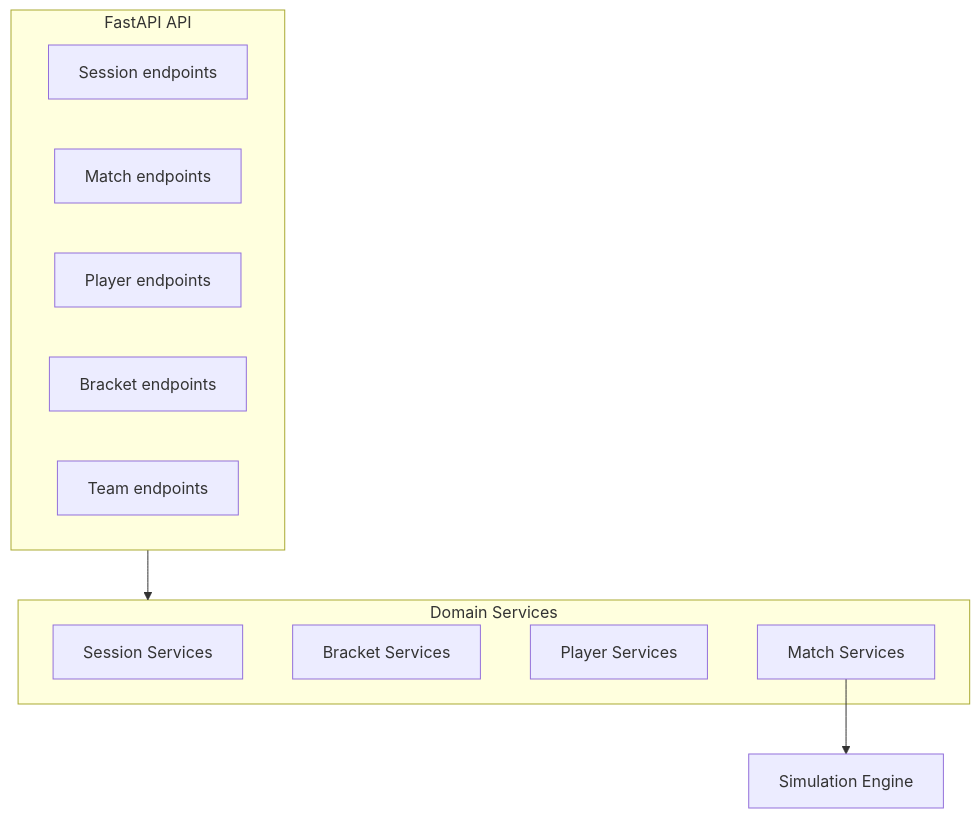
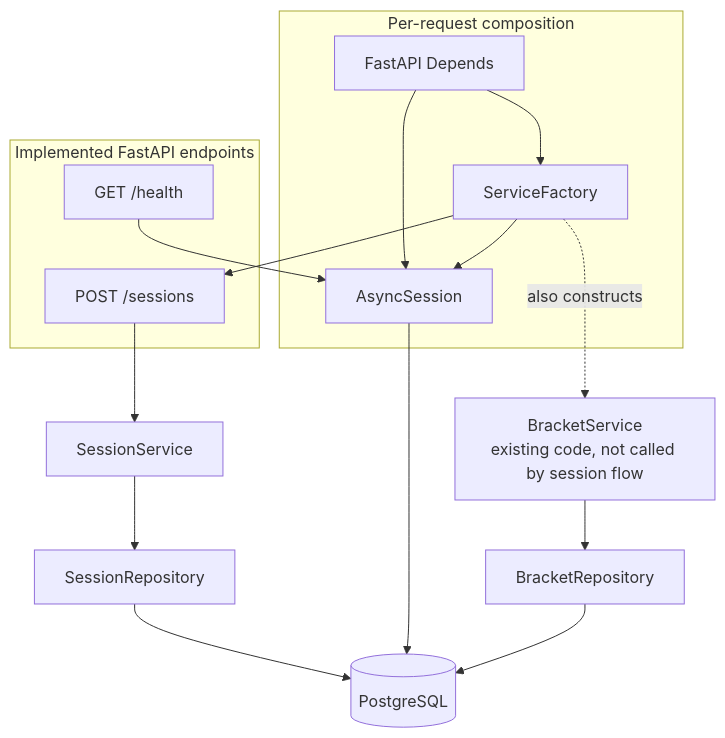
The third of 6 diagrams in docs/ARCHITECTURE.md (MatheuzRuf/Robo-Cestinha), drawn with Mermaid before and after one commit. The commit also changed other lines of this file and 7 other files, not shown here.

````diff
--- a/docs/ARCHITECTURE.md
+++ b/docs/ARCHITECTURE.md
@@ -72,22 +89,27 @@
 ```mermaid
 flowchart TB
-    subgraph API["FastAPI API"]
-        SessionEP[Session endpoints]
-        MatchEP[Match endpoints]
-        PlayerEP[Player endpoints]
-        BracketEP[Bracket endpoints]
-        TeamEP[Team endpoints]
+    subgraph Request[Per-request composition]
+        Depends[FastAPI Depends]
+        Factory[ServiceFactory]
+        DBSession[AsyncSession]
+        Depends --> Factory
+        Depends --> DBSession
+        Factory --> DBSession
     end
 
-    subgraph Domain["Domain Services"]
-        SessionSvc[Session Services]
-        BracketSvc[Bracket Services]
-        PlayerSvc[Player Services]
-        MatchSvc[Match Services]
+    subgraph HTTP[Implemented FastAPI endpoints]
+        Health[GET /health]
+        CreateSession[POST /sessions]
     end
 
-    Engine[Simulation Engine]
+    Service[SessionService]
+    SessionRepo[SessionRepository]
+    BracketService[BracketService<br/>existing code, not called by session flow]
+    BracketRepo[BracketRepository]
+    Database[(PostgreSQL)]
 
-    API --> Domain
-    MatchSvc --> Engine
+    Factory --> CreateSession
+    CreateSession --> Service --> SessionRepo --> Database
+    Health --> DBSession --> Database
+    Factory -. "also constructs" .-> BracketService --> BracketRepo --> Database
 ```
````
